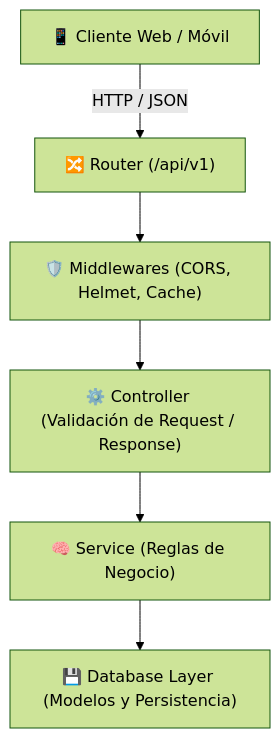
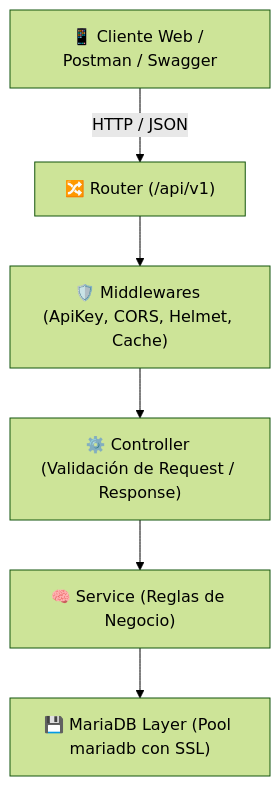
One commit to EduardoCruzmunioz/ApiRestGymMariaDB changed the second of 2 diagrams in README.md. Above: the diagram before and after it, drawn with Mermaid (forest theme). The commit also changed other lines of this file and 1 other file, not shown here.

Commit message:
docs: add detailed swagger ui usage guide to readme

````diff
--- a/README.md
+++ b/README.md
@@ -24,8 +131,8 @@
 ```mermaid
 graph TD
-    Client["📱 Cliente Web / Móvil"] -->|HTTP / JSON| Router["🔀 Router (/api/v1)"]
-    Router --> Middleware["🛡️ Middlewares (CORS, Helmet, Cache)"]
+    Client["📱 Cliente Web / Postman / Swagger"] -->|HTTP / JSON| Router["🔀 Router (/api/v1)"]
+    Router --> Middleware["🛡️ Middlewares (ApiKey, CORS, Helmet, Cache)"]
     Middleware --> Controller["⚙️ Controller (Validación de Request / Response)"]
     Controller --> Service["🧠 Service (Reglas de Negocio)"]
-    Service --> Database["💾 Database Layer (Modelos y Persistencia)"]
+    Service --> Database["💾 MariaDB Layer (Pool mariadb con SSL)"]
 ```
````
